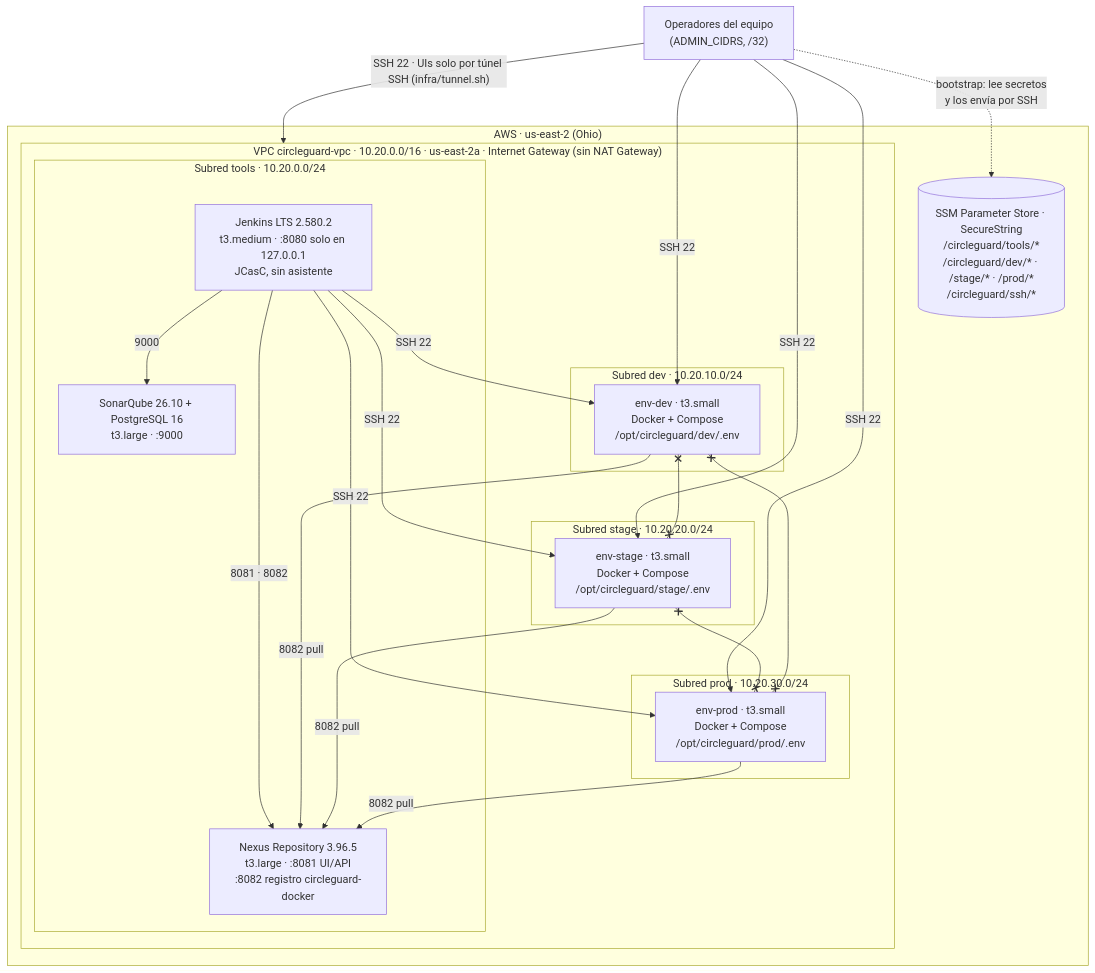
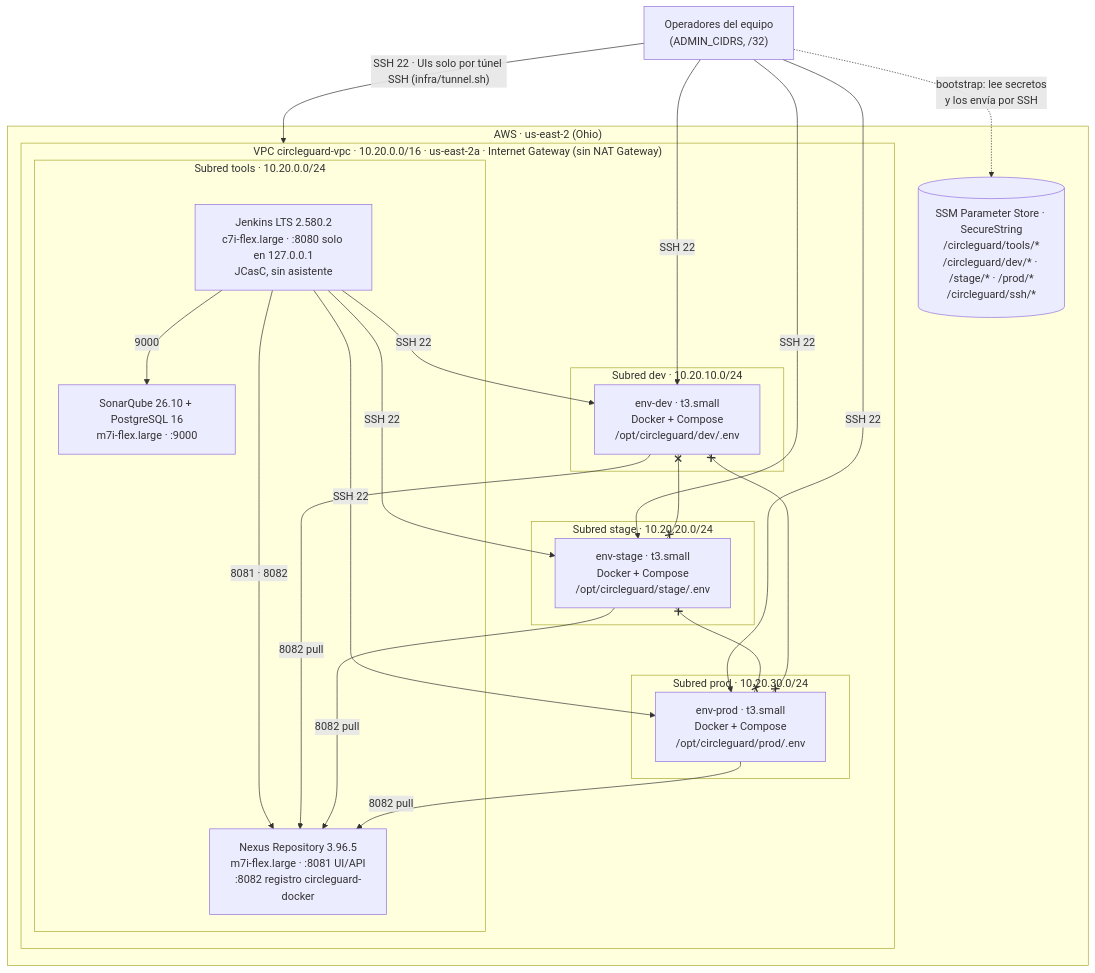
One commit to ingesoft5/circle-guard-finalproject_A00400179_A00399934_A00399492 changed the diagram in docs/arquitectura/infra-ambientes.md. Above: the diagram before and after it, drawn with Mermaid. The commit also changed other lines of this file and 24 other files, not shown here.

````diff
--- a/docs/arquitectura/infra-ambientes.md
+++ b/docs/arquitectura/infra-ambientes.md
@@ -7,36 +7,36 @@
 ```mermaid
 flowchart TB
     ops["Operadores del equipo<br/>(ADMIN_CIDRS, /32)"]
 
     subgraph aws["AWS · us-east-2 (Ohio)"]
         ssm[("SSM Parameter Store · SecureString<br/>/circleguard/tools/*<br/>/circleguard/dev/* · /stage/* · /prod/*<br/>/circleguard/ssh/*")]
 
         subgraph vpc["VPC circleguard-vpc · 10.20.0.0/16 · us-east-2a · Internet Gateway (sin NAT Gateway)"]
             subgraph tools["Subred tools · 10.20.0.0/24"]
-                jenkins["Jenkins LTS 2.580.2<br/>t3.medium · :8080 solo en 127.0.0.1<br/>JCasC, sin asistente"]
-                sonar["SonarQube 26.10 + PostgreSQL 16<br/>t3.large · :9000"]
-                nexus["Nexus Repository 3.96.5<br/>t3.large · :8081 UI/API<br/>:8082 registro circleguard-docker"]
+                jenkins["Jenkins LTS 2.580.2<br/>c7i-flex.large · :8080 solo en 127.0.0.1<br/>JCasC, sin asistente"]
+                sonar["SonarQube 26.10 + PostgreSQL 16<br/>m7i-flex.large · :9000"]
+                nexus["Nexus Repository 3.96.5<br/>m7i-flex.large · :8081 UI/API<br/>:8082 registro circleguard-docker"]
             end
             subgraph dev["Subred dev · 10.20.10.0/24"]
                 envdev["env-dev · t3.small<br/>Docker + Compose<br/>/opt/circleguard/dev/.env"]
             end
             subgraph stage["Subred stage · 10.20.20.0/24"]
                 envstage["env-stage · t3.small<br/>Docker + Compose<br/>/opt/circleguard/stage/.env"]
             end
             subgraph prod["Subred prod · 10.20.30.0/24"]
                 envprod["env-prod · t3.small<br/>Docker + Compose<br/>/opt/circleguard/prod/.env"]
             end
         end
     end
 
     ops -- "SSH 22 · UIs solo por túnel SSH (infra/tunnel.sh)" --> tools
     ops -- "SSH 22" --> envdev & envstage & envprod
     ops -. "bootstrap: lee secretos<br/>y los envía por SSH" .-> ssm
     jenkins -- "9000" --> sonar
     jenkins -- "8081 · 8082" --> nexus
     jenkins -- "SSH 22" --> envdev & envstage & envprod
     envdev & envstage & envprod -- "8082 pull" --> nexus
     envdev x--x envstage
     envstage x--x envprod
     envdev x--x envprod
 ```
````
